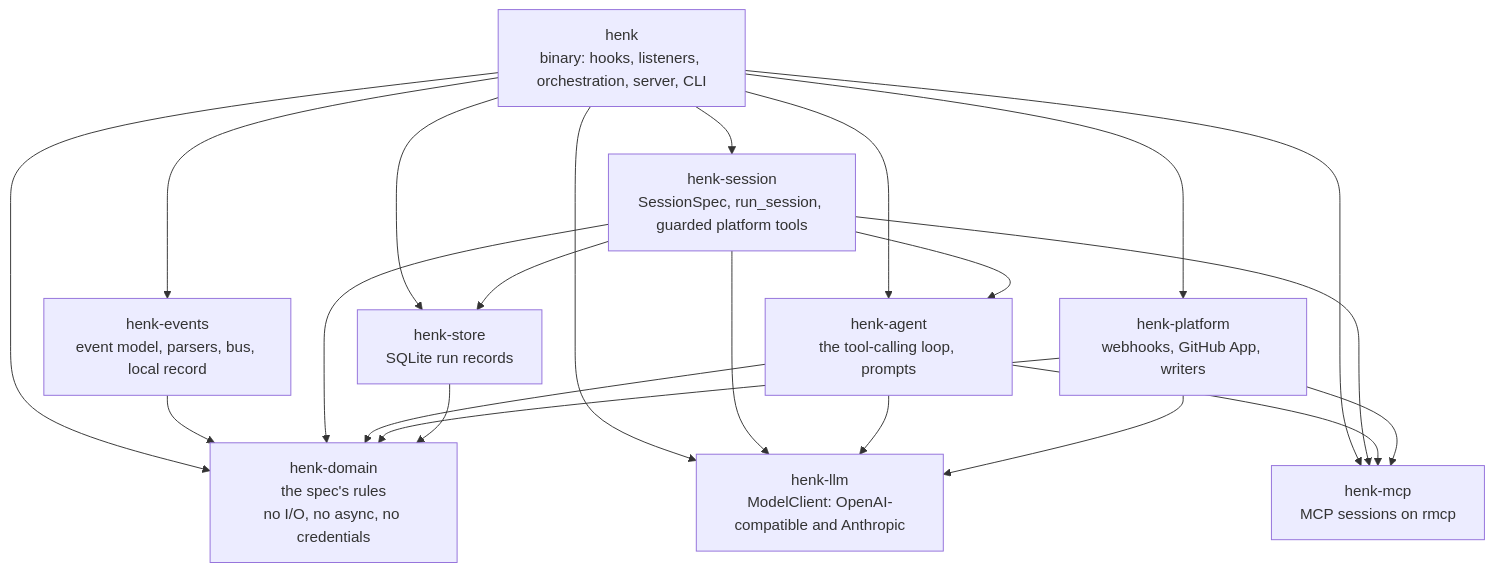
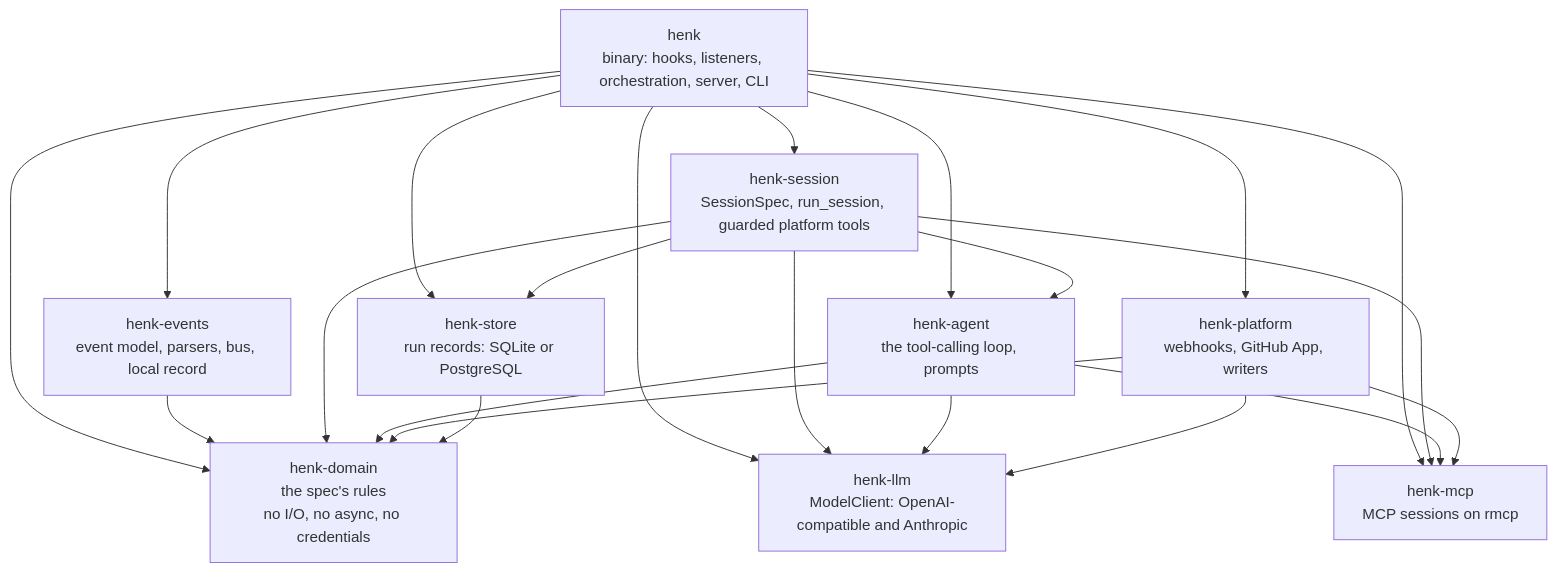
The second of 10 diagrams in ARCHITECTURE.md (StephanMeijer/meneerhenk), drawn with Mermaid before and after one commit. The commit also changed other lines of this file and 32 other files, not shown here.

First line of the commit message:
feat(store): PostgreSQL as a run-store backend

````diff
--- a/ARCHITECTURE.md
+++ b/ARCHITECTURE.md
@@ -89,34 +89,34 @@
 ```mermaid
 flowchart TB
     HENK["henk<br/>binary: hooks, listeners, orchestration, server, CLI"]
     EVENTS["henk-events<br/>event model, parsers, bus, local record"]
     SESSION["henk-session<br/>SessionSpec, run_session, guarded platform tools"]
     AGENT["henk-agent<br/>the tool-calling loop, prompts"]
     PLATFORM["henk-platform<br/>webhooks, GitHub App, writers"]
-    STORE["henk-store<br/>SQLite run records"]
+    STORE["henk-store<br/>run records: SQLite or PostgreSQL"]
     LLM["henk-llm<br/>ModelClient: OpenAI-compatible and Anthropic"]
     MCP["henk-mcp<br/>MCP sessions on rmcp"]
     DOMAIN["henk-domain<br/>the spec's rules<br/>no I/O, no async, no credentials"]
 
     HENK --> EVENTS
     HENK --> SESSION
     HENK --> AGENT
     HENK --> PLATFORM
     HENK --> STORE
     HENK --> LLM
     HENK --> MCP
     HENK --> DOMAIN
     EVENTS --> DOMAIN
     SESSION --> AGENT
     SESSION --> LLM
     SESSION --> MCP
     SESSION --> STORE
     SESSION --> DOMAIN
     AGENT --> LLM
     AGENT --> MCP
     AGENT --> DOMAIN
     PLATFORM --> MCP
     PLATFORM --> LLM
     PLATFORM --> DOMAIN
     STORE --> DOMAIN
 ```
````
